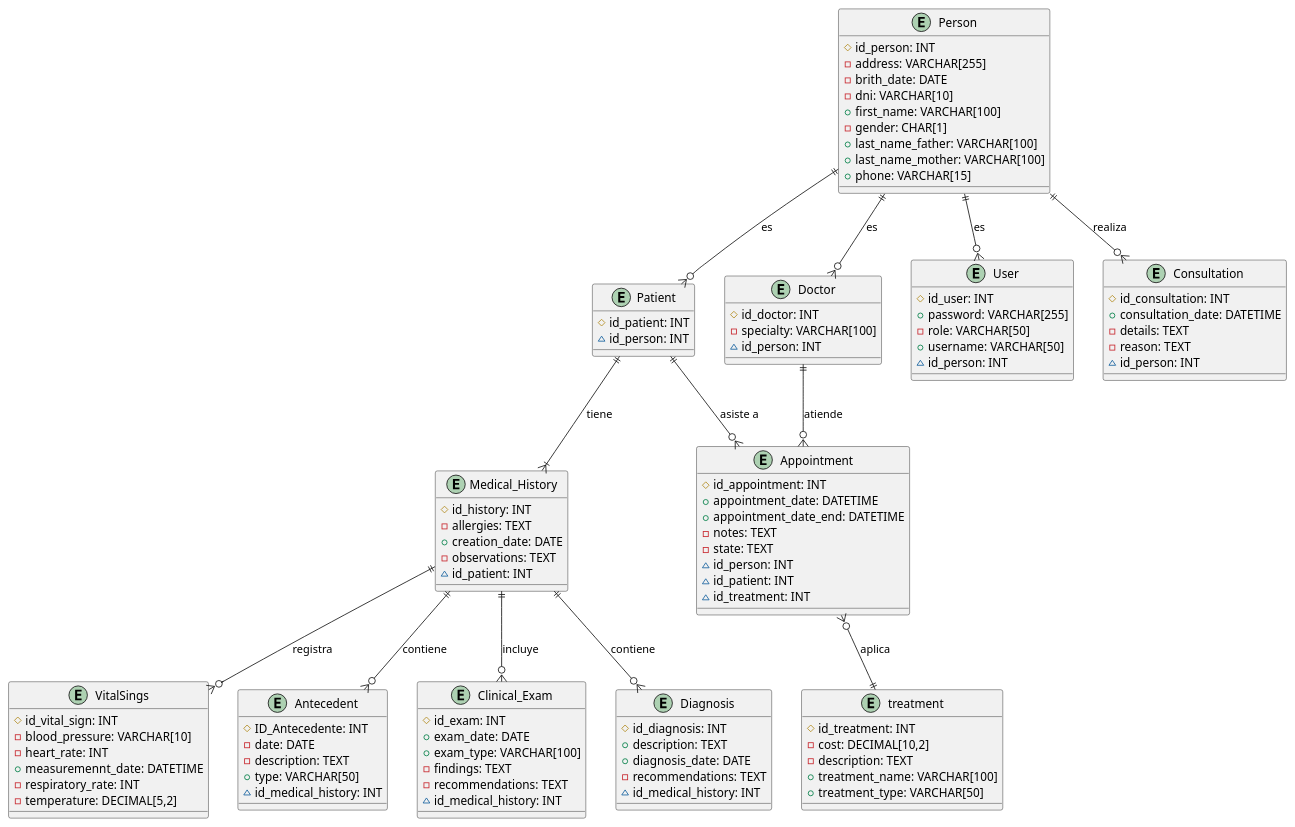
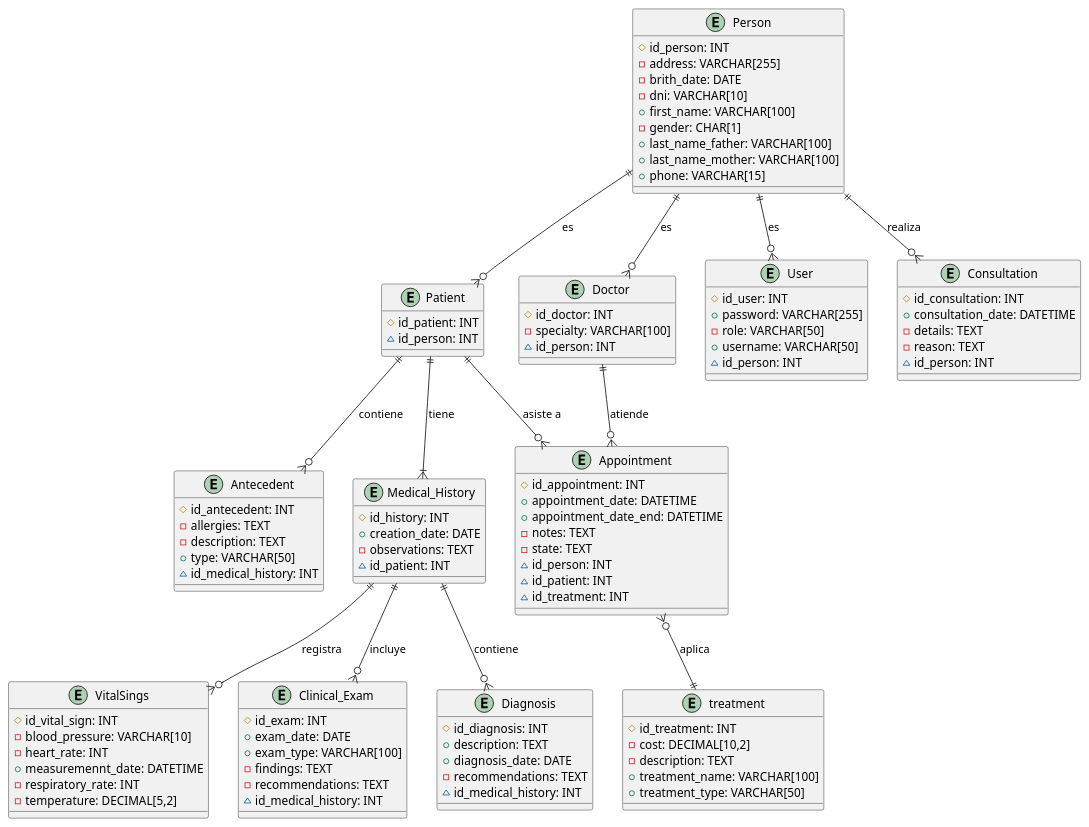
One commit to abelguevara-upeu/apis-rosalesdental changed the diagram in src/main/resources/templates/bd/logicalModel/db-logical_en-2.0-snapshot .pu. Above: the diagram before and after it, drawn with PlantUML. The commit also changed 8 other files, not shown here.

Commit message:
Update Antecedent entities and diagrams

```diff
--- a/src/main/resources/templates/bd/logicalModel/db-logical_en-2.0-snapshot .pu
+++ b/src/main/resources/templates/bd/logicalModel/db-logical_en-2.0-snapshot .pu
@@ -1,158 +1,157 @@
 @startuml relational_view
 
 /'{
     # PRIMARY KEY
     ~ UNIQUE (NULLABLE)
     + NOT NULL
     - NULLABLE
 }'/
 
 entity "Person" as Person {
     #id_person: INT
     -address: VARCHAR[255]
     -brith_date: DATE
     -dni: VARCHAR[10]
     +first_name: VARCHAR[100]
     -gender: CHAR[1]
     +last_name_father: VARCHAR[100]
     +last_name_mother: VARCHAR[100]
     +phone: VARCHAR[15]
     /' Person representa a la Person base, que puede ser paciente, médico o usuario '/
 }
 
 entity "Patient" as Patient {
     #id_patient: INT
     ~id_person: INT
     /' Un paciente es una Person, pero con un historial clínico asociado '/
 }
 
 entity "Doctor" as Doctor {
     #id_doctor: INT
     -specialty: VARCHAR[100]
     ~id_person: INT
     /' El médico es una Person con una specialty profesional '/
 }
 
 entity "User" as User {
     #id_user: INT
     +password: VARCHAR[255]
     -role: VARCHAR[50]
     +username: VARCHAR[50]
     ~id_person: INT
     /' User representa la información de los usuarios del sistema, con roles definidos '/
 }
 
 entity "Consultation" as Consultation {
     #id_consultation: INT
     +consultation_date: DATETIME
     -details: TEXT
     -reason: TEXT
     ~id_person: INT
     /' La consulta es realizada por una Person (puede ser un paciente o no), y contiene detalles '/
 }
 
 entity "VitalSings" as VitalSings {
     #id_vital_sign: INT
     -blood_pressure: VARCHAR[10]
     -heart_rate: INT
     +measuremennt_date: DATETIME
     -respiratory_rate: INT
     -temperature: DECIMAL[5,2]
     /' Signos vitales registrados durante una consulta, asociados al historial clínico '/
 }
 
 entity "Antecedent" as Antecedent {
-    #ID_Antecedente: INT
-    -date: DATE
+    #id_antecedent: INT
+    -allergies: TEXT
     -description: TEXT
     +type: VARCHAR[50] /' type de antecedente, por ejemplo, "familiar" o "Personl" '/
     ~id_medical_history: INT
     /' Los antecedentes médicos relevantes, ya sean familiares o Personles, se registran en esta tabla '/
 }
 
 entity "Medical_History" as Medical_History {
     #id_history: INT
-    -allergies: TEXT
     +creation_date: DATE
     -observations: TEXT
     ~id_patient: INT
     /' El historial clínico se crea para cada paciente y contiene datos médicos relevantes '/
 }
 
 entity "Clinical_Exam" as Clinical_Exam {
     #id_exam: INT
     +exam_date: DATE
     +exam_type: VARCHAR[100] /' "Estomatológico" o "General" '/
     -findings: TEXT
     -recommendations: TEXT
     ~id_medical_history: INT
     /' Los exámenes clínicos, como estomatológicos o generales, se registran aquí '/
 }
 
 
 'entity "Odontogram" as Odontogram {
 '    #id_odontogram: INT
 '    +creation_date: DATE
 '    -details: TEXT
 '    ~id_medical_history: INT
 '    'El odontograma es el registro de los dientes y su estado, utilizado en la odontología
 '}
 
 'entity "OdontogramaDetalle" as OdontogramaDetalle {
 '    #id_detail: INT
 '    -observations: TEXT
 '    +tooth: VARCHAR[10] /' Número o posición del diente '/
 '    -tooth_condition: VARCHAR[50] /' tooth_condition del diente, por ejemplo, "caries", "restaurado", "extracción" '/
 '    -treatment: VARCHAR[100] /' treatment aplicado o recomendado '/
 '    ~id_odontogram: INT
 '    'Detalle específico de cada diente en el odontograma, incluyendo su estado y tratamiento
 '}
 
 
 entity "treatment" as treatment {
     #id_treatment: INT
     -cost: DECIMAL[10,2]
     -description: TEXT
     +treatment_name: VARCHAR[100]
     +treatment_type: VARCHAR[50] /' type de tratamiento: "Estético", "Curativo", "Preventivo", etc. '/
     /' Registro de los tratamientos disponibles, su first_name, type y costo asociado '/
 }
 
 entity "Appointment" as Appointment {
     #id_appointment: INT
     +appointment_date: DATETIME
     +appointment_date_end: DATETIME
     -notes: TEXT
     -state: TEXT
     ~id_person: INT
     ~id_patient: INT
     ~id_treatment: INT
     /' Información sobre cada cita médica, incluida la fecha, tratamiento, horario y médico '/
 }
 
 entity "Diagnosis" as Diagnosis {
     #id_diagnosis: INT
     +description: TEXT
     +diagnosis_date: DATE
     -recommendations: TEXT
     ~id_medical_history: INT
     /' Registro de los diagnósticos realizados, asociados al historial clínico '/
 }
 
 Person ||--o{ Patient : es
 Person ||--o{ Doctor : es
 Person ||--o{ User : es
 Person ||--o{ Consultation : realiza
 Patient ||--|{ Medical_History : tiene
 'Odontogram ||--o{ OdontogramaDetalle : tiene
-Medical_History ||--o{ Antecedent : contiene
+Patient ||--o{ Antecedent : contiene
 'Medical_History ||--o{ Odontogram : contiene
 Medical_History ||--o{ VitalSings : registra
 Medical_History ||--o{ Clinical_Exam : incluye
 
 Patient ||--o{ Appointment : asiste a
 Doctor ||--o{ Appointment : atiende
 
 Appointment }o--|| treatment : aplica
 Medical_History ||--o{ Diagnosis : contiene
 @enduml
```
